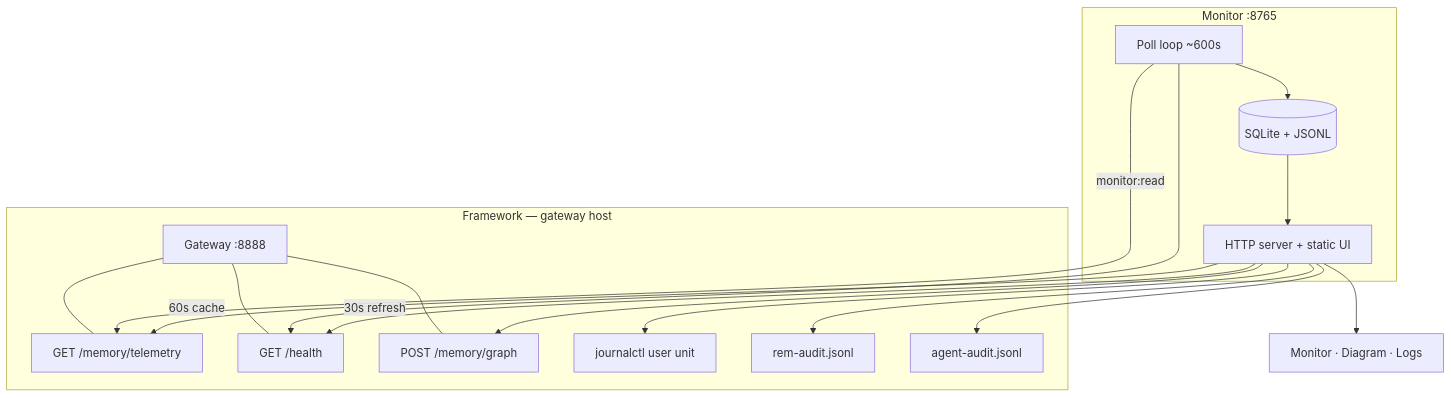
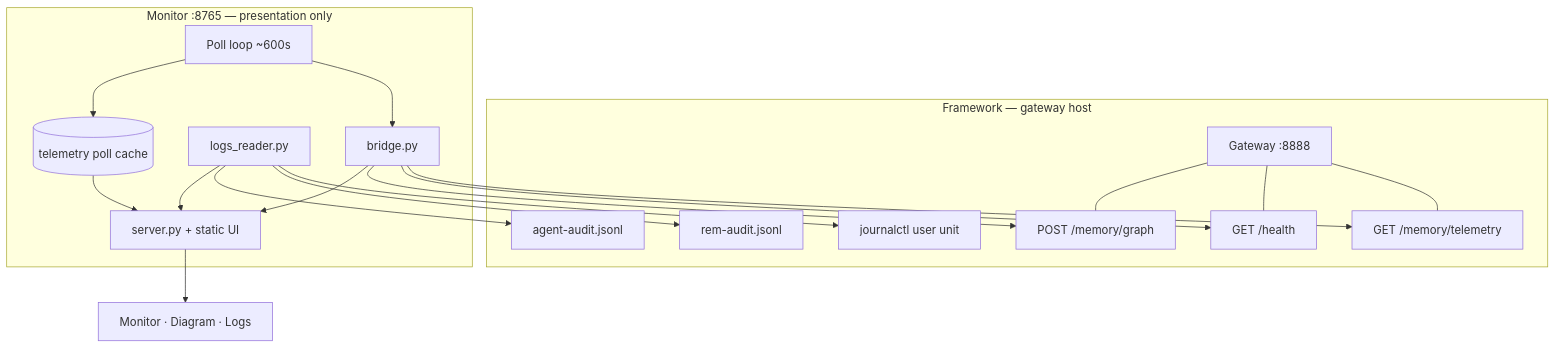
One commit to KanenasInGreece/Shared_Memory_Monitor changed the diagram in README.md. Above: the diagram before and after it, drawn with Mermaid. The commit also changed other lines of this file and 18 other files, not shown here.

First line of the commit message:
docs: emphasize telemetry + logs as sole upstream sources (v0.4.1)

````diff
--- a/README.md
+++ b/README.md
@@ -134,29 +136,30 @@
 ```mermaid
 flowchart TB
   subgraph fw [Framework — gateway host]
     GW[Gateway :8888]
     TEL["GET /memory/telemetry"]
     HLTH["GET /health"]
     GRP["POST /memory/graph"]
     JRN[journalctl user unit]
     REMF[rem-audit.jsonl]
     AGF[agent-audit.jsonl]
     GW --- TEL & HLTH & GRP
   end
 
-  subgraph mon [Monitor :8765]
+  subgraph mon [Monitor :8765 — presentation only]
+    BR[bridge.py]
+    LR[logs_reader.py]
     LOOP[Poll loop ~600s]
-    DB[(SQLite + JSONL)]
-    SRV[HTTP server + static UI]
-    LOOP -->|monitor:read| TEL
-    LOOP --> HLTH
+    DB[(telemetry poll cache)]
+    SRV[server.py + static UI]
+    BR --> TEL & HLTH & GRP
+    LR --> JRN & REMF & AGF
+    LOOP --> BR
     LOOP --> DB
     DB --> SRV
-    SRV -->|30s refresh| HLTH
-    SRV -->|60s cache| TEL
-    SRV --> GRP
-    SRV --> JRN & REMF & AGF
+    BR --> SRV
+    LR --> SRV
   end
 
   SRV --> UI[Monitor · Diagram · Logs]
 ```
````
